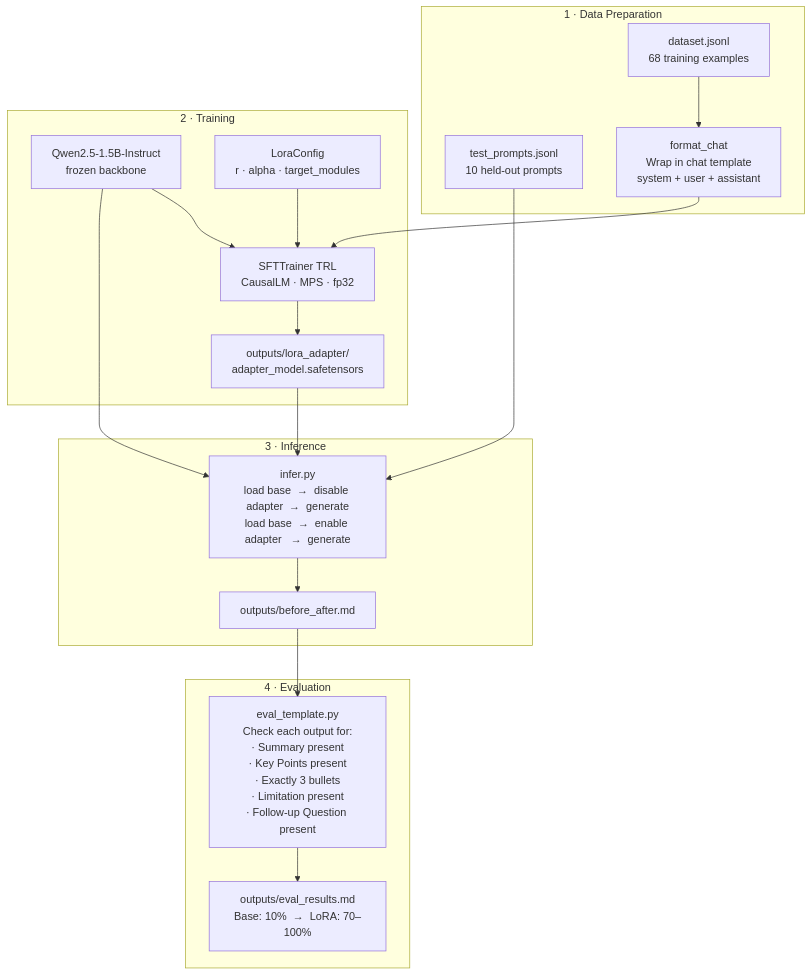
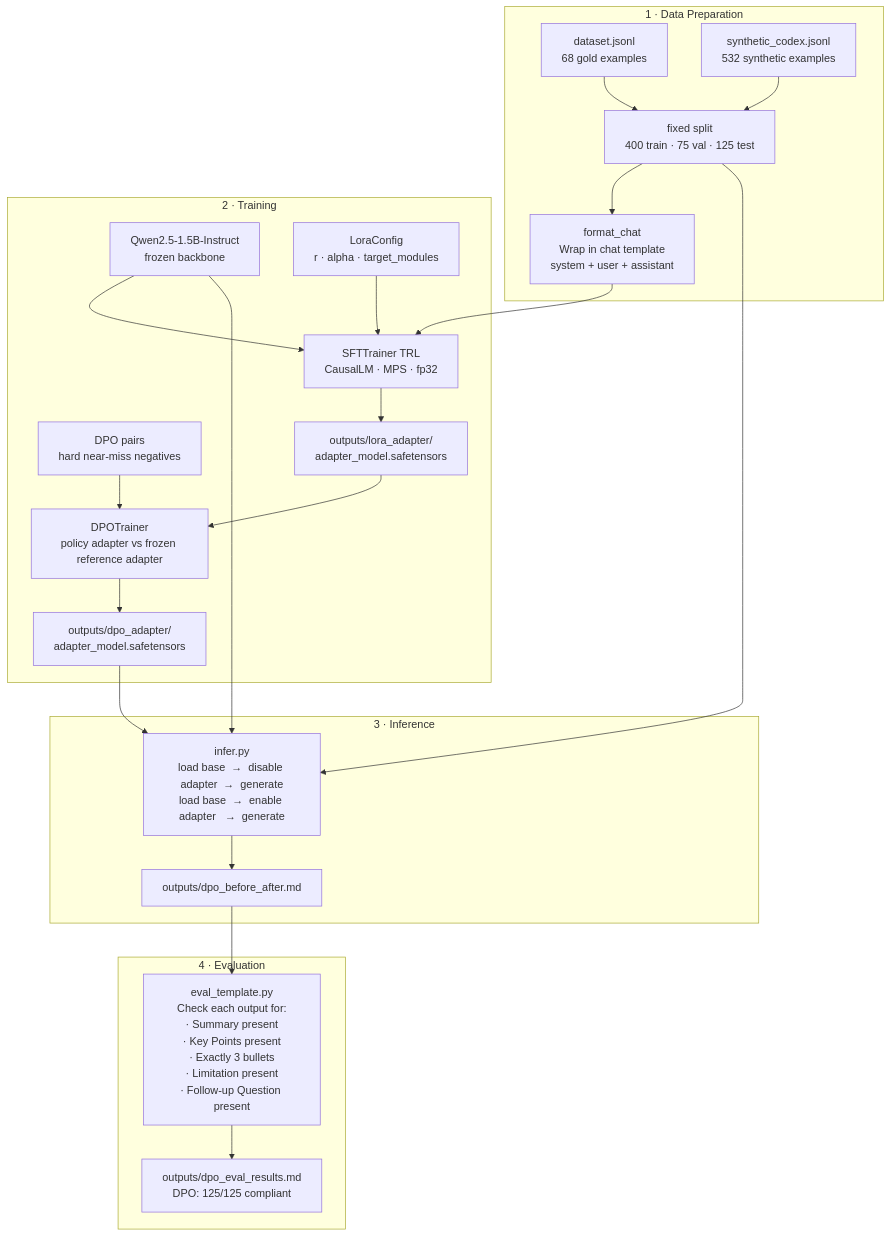
The fourth of 4 diagrams in README.md (JefferyLiu6/RA_LLM), drawn with Mermaid before and after one commit. The commit also changed other lines of this file and 31 other files, not shown here.

````diff
--- a/README.md
+++ b/README.md
@@ -112,33 +127,41 @@
 ```mermaid
 flowchart TD
     subgraph dataPrep ["1 · Data Preparation"]
-        DS["dataset.jsonl\n68 training examples"]
-        TP["test_prompts.jsonl\n10 held-out prompts"]
+        GOLD["dataset.jsonl\n68 gold examples"]
+        SYN["synthetic_codex.jsonl\n532 synthetic examples"]
+        SPLIT["fixed split\n400 train · 75 val · 125 test"]
         FMT["format_chat\nWrap in chat template\nsystem + user + assistant"]
-        DS --> FMT
+        GOLD --> SPLIT
+        SYN --> SPLIT
+        SPLIT --> FMT
     end
 
     subgraph training ["2 · Training"]
         BASE["Qwen2.5-1.5B-Instruct\nfrozen backbone"]
         LORA["LoraConfig\nr · alpha · target_modules"]
         SFT["SFTTrainer  TRL\nCausalLM · MPS · fp32"]
+        DPOPAIRS["DPO pairs\nhard near-miss negatives"]
+        DPO["DPOTrainer\npolicy adapter vs frozen reference adapter"]
         FMT --> SFT
         BASE --> SFT
         LORA --> SFT
         SFT --> ADAPTER["outputs/lora_adapter/\nadapter_model.safetensors"]
+        ADAPTER --> DPO
+        DPOPAIRS --> DPO
+        DPO --> DPOADAPTER["outputs/dpo_adapter/\nadapter_model.safetensors"]
     end
 
     subgraph inference ["3 · Inference"]
         INFER["infer.py\nload base  →  disable adapter  →  generate\nload base  →  enable adapter   →  generate"]
-        ADAPTER --> INFER
+        DPOADAPTER --> INFER
         BASE --> INFER
-        TP --> INFER
-        INFER --> REPORT["outputs/before_after.md"]
+        SPLIT --> INFER
+        INFER --> REPORT["outputs/dpo_before_after.md"]
     end
 
     subgraph evaluation ["4 · Evaluation"]
         EVAL["eval_template.py\nCheck each output for:\n· Summary present\n· Key Points present\n· Exactly 3 bullets\n· Limitation present\n· Follow-up Question present"]
         REPORT --> EVAL
-        EVAL --> SCORES["outputs/eval_results.md\nBase: 10%  →  LoRA: 70–100%"]
+        EVAL --> SCORES["outputs/dpo_eval_results.md\nDPO: 125/125 compliant"]
     end
 ```
````
